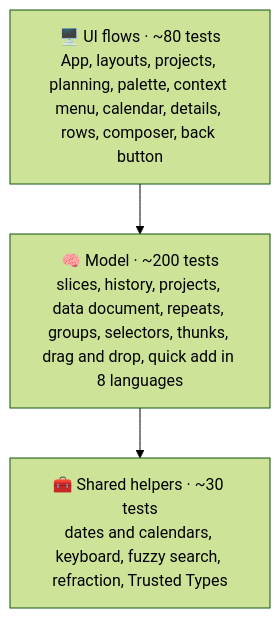
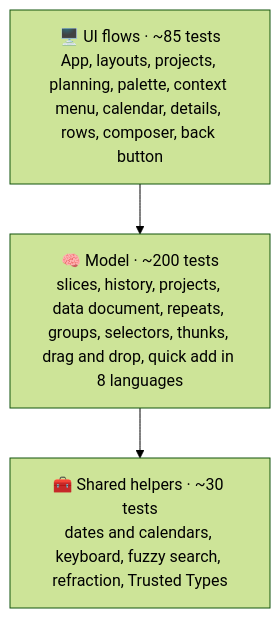
The diagram in docs/testing.md (sacrificed666/react-todo-app), drawn with Mermaid (forest theme) before and after one commit. The commit also changed 77 other files, not shown here.

````diff
--- a/docs/testing.md
+++ b/docs/testing.md
@@ -25,7 +25,7 @@
 ```mermaid
 flowchart TB
-  UI["🖥️ UI flows · ~80 tests<br/>App, layouts, projects, planning, palette, context menu, calendar, details, rows, composer, back button"]
+  UI["🖥️ UI flows · ~85 tests<br/>App, layouts, projects, planning, palette, context menu, calendar, details, rows, composer, back button"]
   Model["🧠 Model · ~200 tests<br/>slices, history, projects, data document, repeats, groups, selectors, thunks, drag and drop, quick add in 8 languages"]
   Lib["🧰 Shared helpers · ~30 tests<br/>dates and calendars, keyboard, fuzzy search, refraction, Trusted Types"]
   UI --> Model --> Lib
 ```
````
